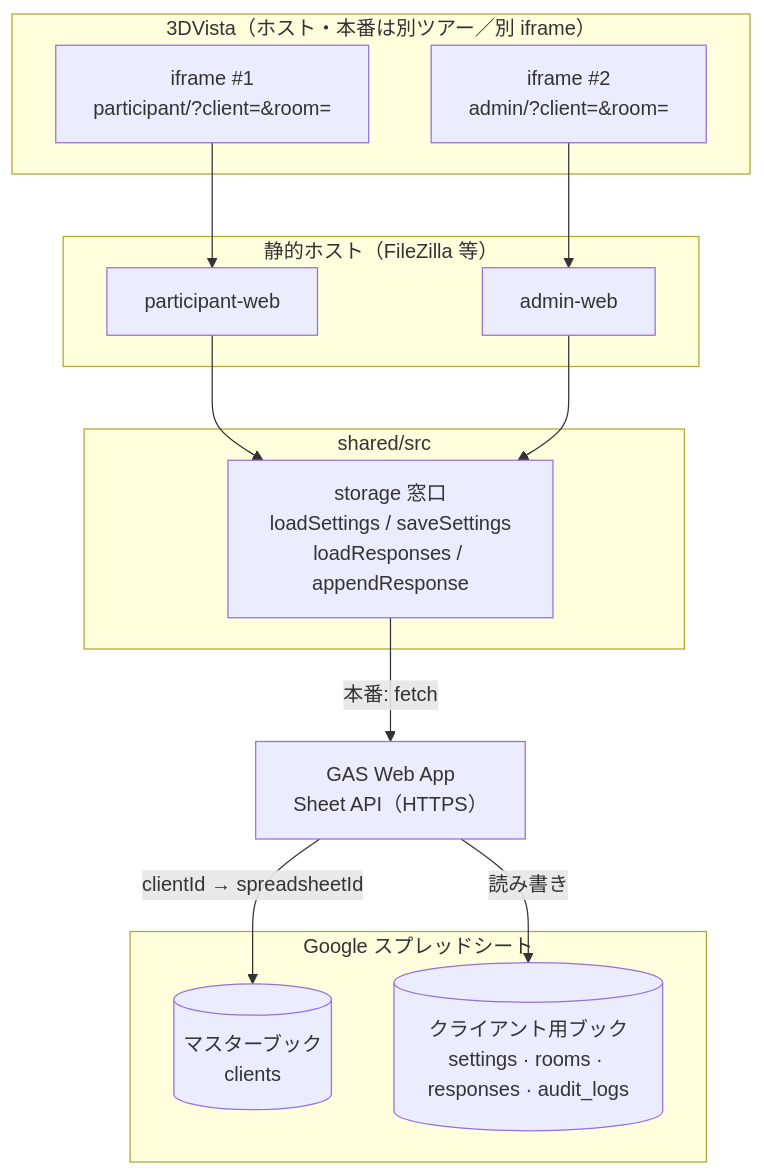
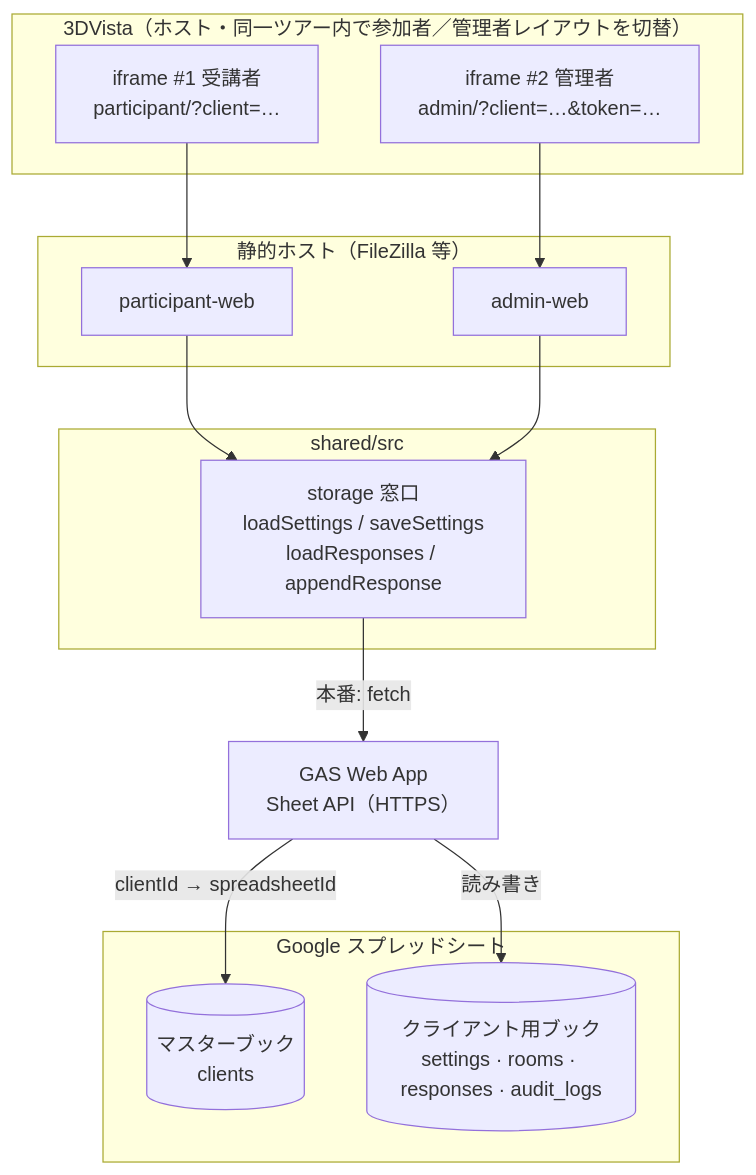
Before and after one commit to shintaro0403/experteye360: the first of 6 diagrams in docs/TECHNICAL-SPEC.md, drawn with Mermaid. The commit also changed other lines of this file and 5 other files, not shown here.

````diff
--- a/docs/TECHNICAL-SPEC.md
+++ b/docs/TECHNICAL-SPEC.md
@@ -442,31 +455,31 @@
 ```mermaid
 flowchart TB
-  subgraph vista["3DVista（ホスト・本番は別ツアー／別 iframe）"]
-    P_iframe["iframe #1<br/>participant/?client=&room="]
-    A_iframe["iframe #2<br/>admin/?client=&room="]
+  subgraph vista["3DVista（ホスト・同一ツアー内で参加者／管理者レイアウトを切替）"]
+    P_iframe["iframe #1 受講者<br/>participant/?client=…"]
+    A_iframe["iframe #2 管理者<br/>admin/?client=…&token=…"]
   end
 
   subgraph host["静的ホスト（FileZilla 等）"]
     PW["participant-web"]
     AW["admin-web"]
   end
 
   subgraph app["shared/src"]
     ST["storage 窓口<br/>loadSettings / saveSettings<br/>loadResponses / appendResponse"]
   end
 
   API["GAS Web App<br/>Sheet API（HTTPS）"]
 
   subgraph sheets["Google スプレッドシート"]
     MB[("マスターブック<br/>clients")]
     CB[("クライアント用ブック<br/>settings · rooms · responses · audit_logs")]
   end
 
   P_iframe --> PW
   A_iframe --> AW
   PW --> ST
   AW --> ST
   ST -->|"本番: fetch"| API
   API -->|"clientId → spreadsheetId"| MB
   API -->|"読み書き"| CB
 ```
````
